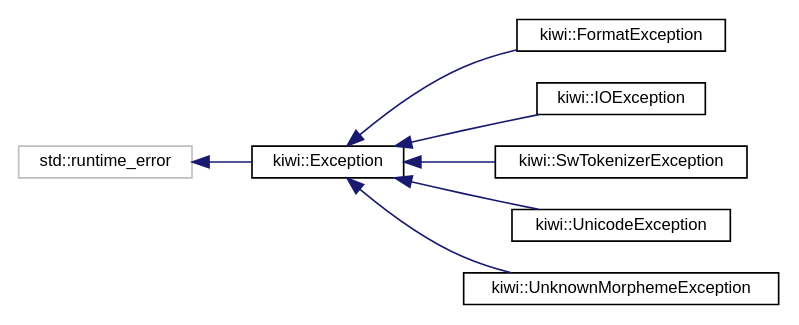
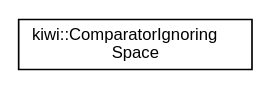
Before and after one commit to bab2min/Kiwi: the diagram in inherit_graph_15.dot, drawn with Graphviz. The commit also changed 205 other files, not shown here.

```diff
--- a/inherit_graph_15.dot
+++ b/inherit_graph_15.dot
@@ -1,20 +1,8 @@
 digraph "Graphical Class Hierarchy"
 {
  // LATEX_PDF_SIZE
   edge [fontname="Helvetica",fontsize="10",labelfontname="Helvetica",labelfontsize="10"];
   node [fontname="Helvetica",fontsize="10",shape=record];
   rankdir="LR";
-  Node91 [label="std::runtime_error",height=0.2,width=0.4,color="grey75", fillcolor="white", style="filled",tooltip=" "];
-  Node91 -> Node0 [dir="back",color="midnightblue",fontsize="10",style="solid",fontname="Helvetica"];
-  Node0 [label="kiwi::Exception",height=0.2,width=0.4,color="black", fillcolor="white", style="filled",URL="$classkiwi_1_1Exception.html",tooltip=" "];
-  Node0 -> Node1 [dir="back",color="midnightblue",fontsize="10",style="solid",fontname="Helvetica"];
-  Node1 [label="kiwi::FormatException",height=0.2,width=0.4,color="black", fillcolor="white", style="filled",URL="$classkiwi_1_1FormatException.html",tooltip=" "];
-  Node0 -> Node2 [dir="back",color="midnightblue",fontsize="10",style="solid",fontname="Helvetica"];
-  Node2 [label="kiwi::IOException",height=0.2,width=0.4,color="black", fillcolor="white", style="filled",URL="$classkiwi_1_1IOException.html",tooltip=" "];
-  Node0 -> Node3 [dir="back",color="midnightblue",fontsize="10",style="solid",fontname="Helvetica"];
-  Node3 [label="kiwi::SwTokenizerException",height=0.2,width=0.4,color="black", fillcolor="white", style="filled",URL="$classkiwi_1_1SwTokenizerException.html",tooltip=" "];
-  Node0 -> Node4 [dir="back",color="midnightblue",fontsize="10",style="solid",fontname="Helvetica"];
-  Node4 [label="kiwi::UnicodeException",height=0.2,width=0.4,color="black", fillcolor="white", style="filled",URL="$classkiwi_1_1UnicodeException.html",tooltip=" "];
-  Node0 -> Node5 [dir="back",color="midnightblue",fontsize="10",style="solid",fontname="Helvetica"];
-  Node5 [label="kiwi::UnknownMorphemeException",height=0.2,width=0.4,color="black", fillcolor="white", style="filled",URL="$classkiwi_1_1UnknownMorphemeException.html",tooltip=" "];
+  Node0 [label="kiwi::ComparatorIgnoring\lSpace",height=0.2,width=0.4,color="black", fillcolor="white", style="filled",URL="$structkiwi_1_1ComparatorIgnoringSpace.html",tooltip=" "];
 }
```
